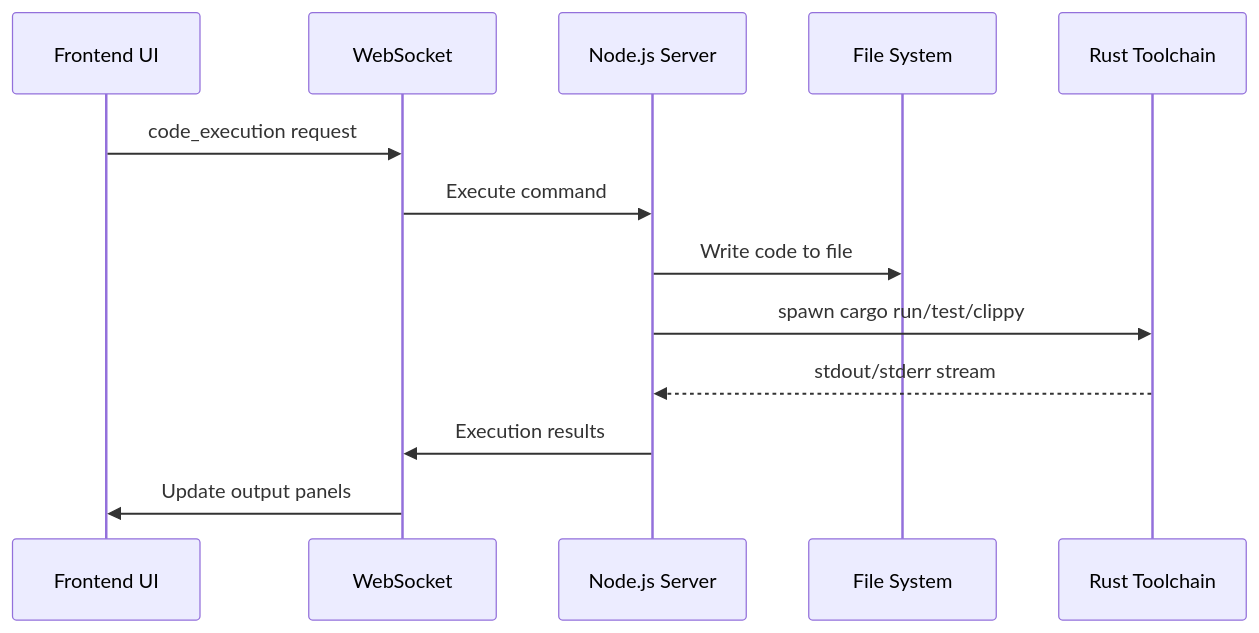
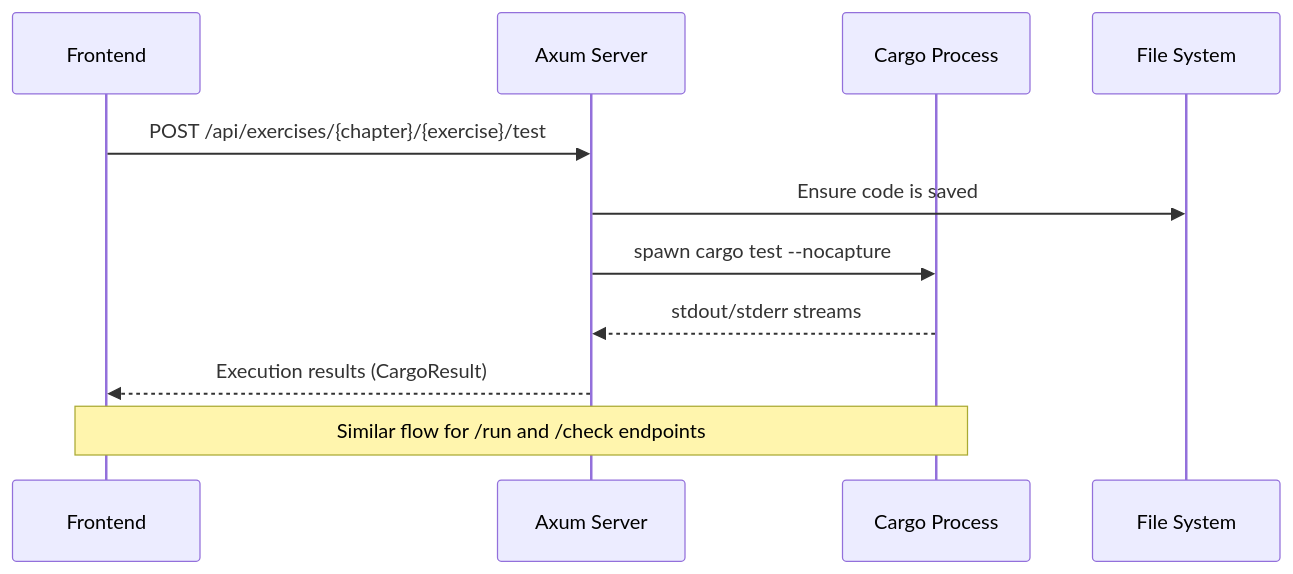
One commit to ghanithan/rust-tour changed the fourth of 4 diagrams in docs/plan/TECHNICAL_DOCUMENTATION.md. Above: the diagram before and after it, drawn with Mermaid. The commit also changed other lines of this file and 1 other file, not shown here.

First line of the commit message:
Update technical documentation with current Rust/Axum architecture

````diff
--- a/docs/plan/TECHNICAL_DOCUMENTATION.md
+++ b/docs/plan/TECHNICAL_DOCUMENTATION.md
@@ -234,16 +193,15 @@
 ```mermaid
 sequenceDiagram
-    participant UI as Frontend UI
-    participant WS as WebSocket
-    participant Server as Node.js Server
+    participant UI as Frontend
+    participant API as Axum Server
+    participant Cargo as Cargo Process
     participant FS as File System
-    participant Cargo as Rust Toolchain
     
-    UI->>WS: code_execution request
-    WS->>Server: Execute command
-    Server->>FS: Write code to file
-    Server->>Cargo: spawn cargo run/test/clippy
-    Cargo-->>Server: stdout/stderr stream
-    Server->>WS: Execution results
-    WS->>UI: Update output panels
+    UI->>API: POST /api/exercises/{chapter}/{exercise}/test
+    API->>FS: Ensure code is saved
+    API->>Cargo: spawn cargo test --nocapture
+    Cargo-->>API: stdout/stderr streams
+    API-->>UI: Execution results (CargoResult)
+    
+    Note over UI,Cargo: Similar flow for /run and /check endpoints
 ```
````
